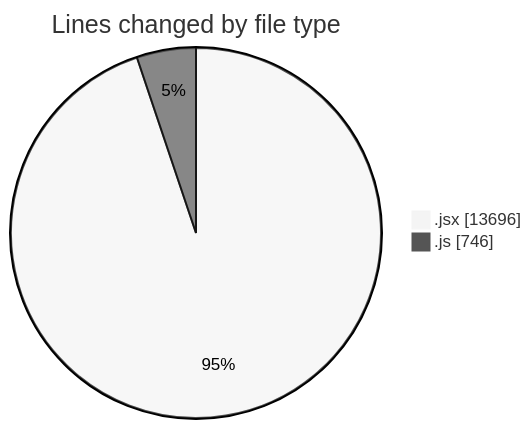
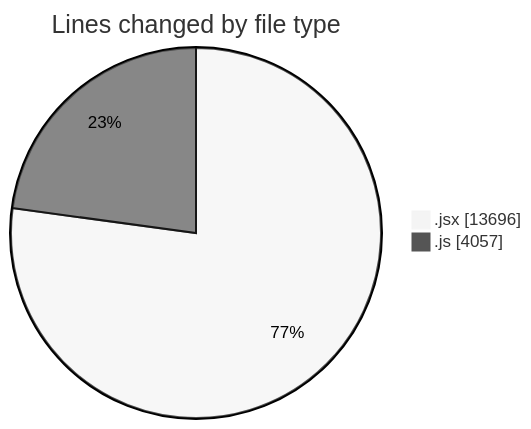
The first of 2 diagrams in 2025-09-25/nxtqube_webapp/README.md (nxtqubesakshisongat/code-tracking), drawn with Mermaid (neutral theme) before and after one commit. The commit also changed other lines of this file and 1 other file, not shown here.

````diff
--- a/2025-09-25/nxtqube_webapp/README.md
+++ b/2025-09-25/nxtqube_webapp/README.md
@@ -24,6 +25,6 @@
 ```mermaid
 pie showData
 title Lines changed by file type
 ".jsx" : 13696
-".js" : 746
+".js" : 4057
 ```
````
